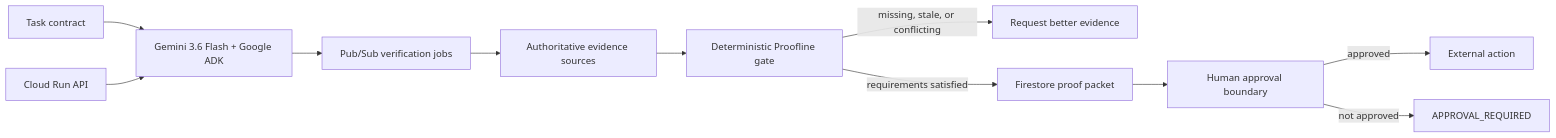
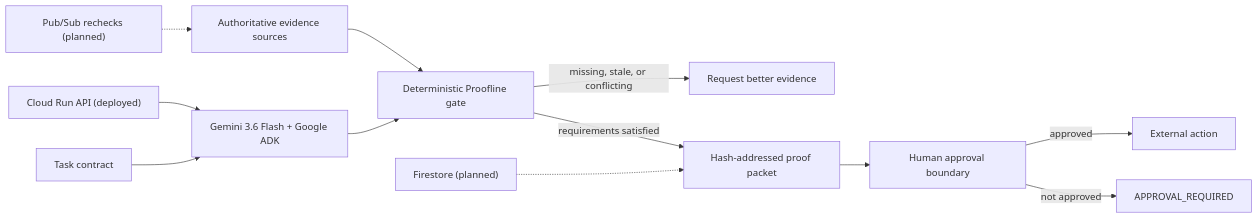
One commit to ceodaradigu/proofline-agent changed the diagram in docs/architecture.md. Above: the diagram before and after it, drawn with Mermaid. The commit also changed 2 other files, not shown here.

Commit message:
Add submission-ready architecture evidence

````diff
--- a/docs/architecture.md
+++ b/docs/architecture.md
@@ -3,13 +3,14 @@
 ```mermaid
 flowchart LR
-    U["Task contract"] --> A["Gemini 3.6 Flash + Google ADK"]
-    A --> Q["Pub/Sub verification jobs"]
-    Q --> S["Authoritative evidence sources"]
-    S --> G["Deterministic Proofline gate"]
+    C["Cloud Run API (deployed)"] --> A["Gemini 3.6 Flash + Google ADK"]
+    U["Task contract"] --> A
+    S["Authoritative evidence sources"] --> G["Deterministic Proofline gate"]
+    A --> G
     G -->|"missing, stale, or conflicting"| R["Request better evidence"]
-    G -->|"requirements satisfied"| F["Firestore proof packet"]
-    F --> H["Human approval boundary"]
+    G -->|"requirements satisfied"| P["Hash-addressed proof packet"]
+    P --> H["Human approval boundary"]
     H -->|"approved"| X["External action"]
-    H -->|"not approved"| P["APPROVAL_REQUIRED"]
-    C["Cloud Run API"] --> A
+    H -->|"not approved"| N["APPROVAL_REQUIRED"]
+    F["Firestore (planned)"] -.-> P
+    Q["Pub/Sub rechecks (planned)"] -.-> S
 ```
````
